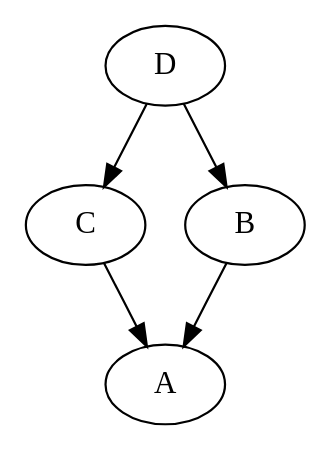
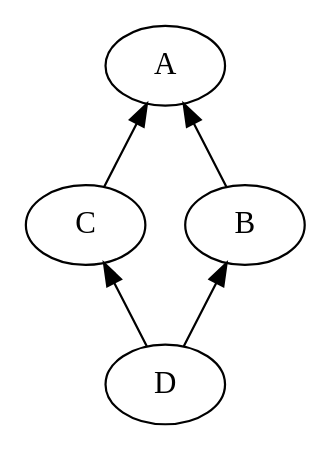
Before and after one commit to punkdit/hecke2018: the diagram in subgroups_s3.dot, drawn with Graphviz. The commit also changed 22 other files, not shown here.

```diff
--- a/subgroups_s3.dot
+++ b/subgroups_s3.dot
@@ -1,7 +1,8 @@
 digraph 
 {
+    rankdir = BT;
     D -> C;
     D -> B;
     C -> A;
     B -> A;
 }
```
